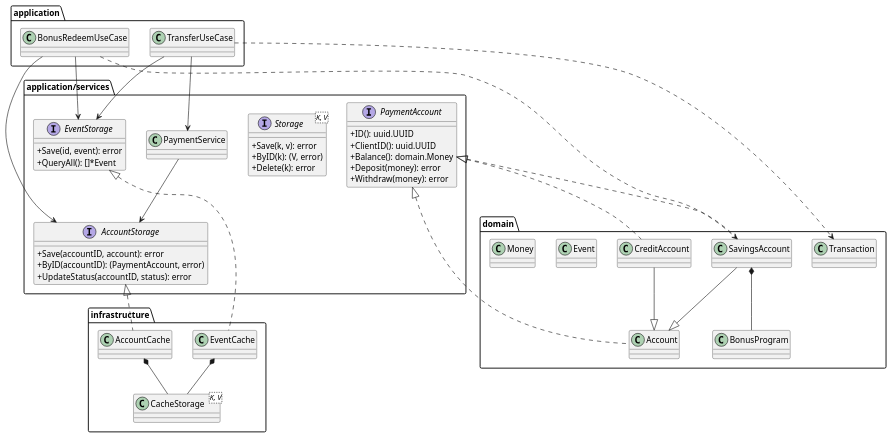
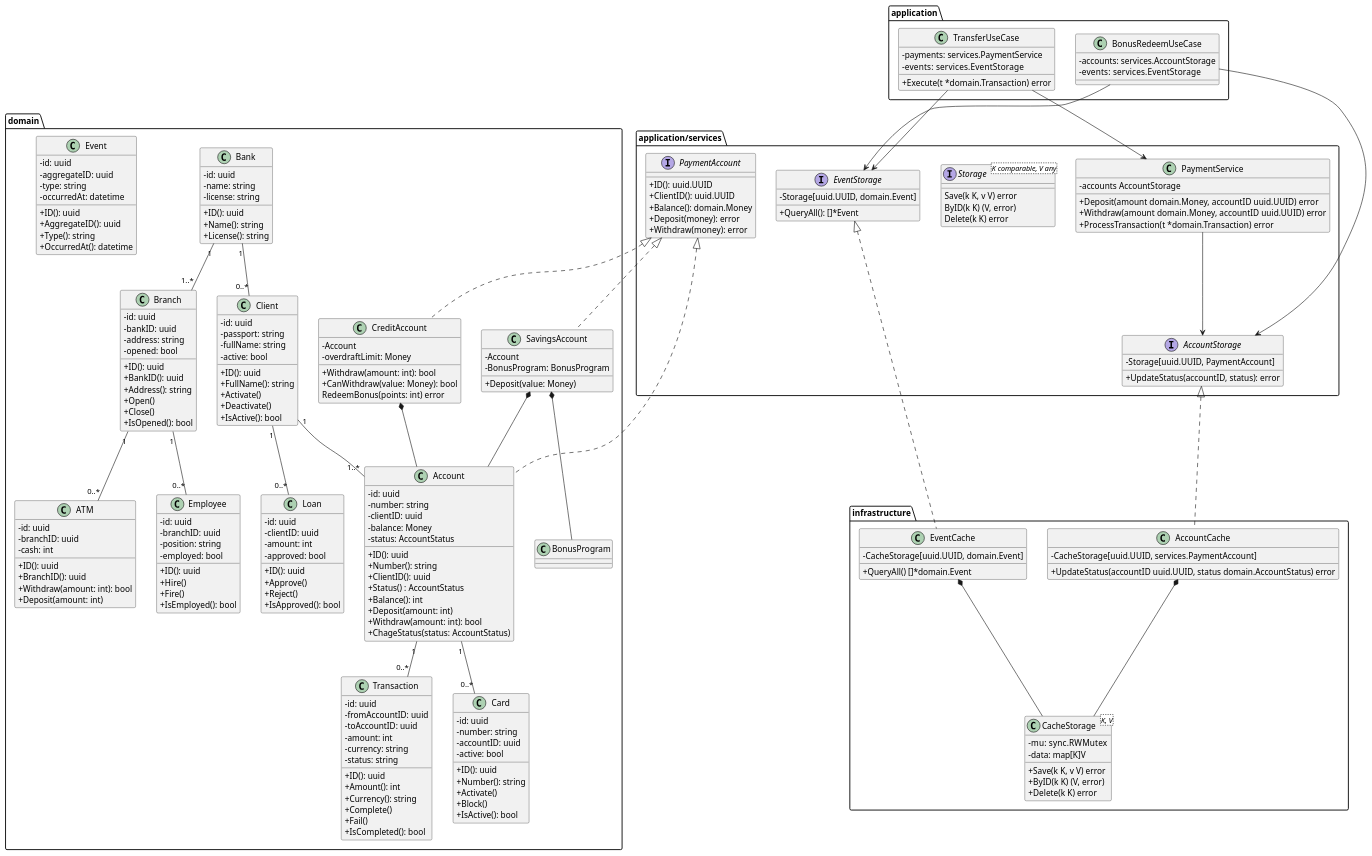
One commit to n1jke/oop-bsuir-2025 changed the diagram in laboratory_work-2/diagram.puml. Above: the diagram before and after it, drawn with PlantUML. The commit also changed 1 other file, not shown here.

Commit message:
chore: uml class diagram - move up uml diagram to new architecture(basic ddd with rich domain model)

```diff
--- a/laboratory_work-2/diagram.puml
+++ b/laboratory_work-2/diagram.puml
@@ -1,14 +1,141 @@
 @startuml lr2-architecture
 skinparam classAttributeIconSize 0
+namespace domain {
 
-namespace domain {
-class Account
-class SavingsAccount
-class CreditAccount
-class BonusProgram
-class Transaction
-class Event
-class Money
+class Bank {
+  -id: uuid
+  -name: string
+  -license: string
+  +ID(): uuid 
+  +Name(): string
+  +License(): string
+}
+
+class Branch {
+  -id: uuid
+  -bankID: uuid
+  -address: string
+  -opened: bool
+  +ID(): uuid
+  +BankID(): uuid
+  +Address(): string
+  +Open()
+  +Close()
+  +IsOpened(): bool
+}
+
+class Client {
+  -id: uuid
+  -passport: string
+  -fullName: string
+  -active: bool
+  +ID(): uuid
+  +FullName(): string
+  +Activate()
+  +Deactivate()
+  +IsActive(): bool
+}
+
+class Account {
+  -id: uuid
+  -number: string
+  -clientID: uuid
+  -balance: Money
+  -status: AccountStatus
+  +ID(): uuid
+  +Number(): string
+  +ClientID(): uuid
+  +Status() : AccountStatus
+  +Balance(): int
+  +Deposit(amount: int)
+  +Withdraw(amount: int): bool
+  +ChageStatus(status: AccountStatus)
+}
+
+class SavingsAccount {
+  -Account
+  -BonusProgram: BonusProgram
+  +Deposit(value: Money)
+}
+
+class CreditAccount {
+  -Account
+  -overdraftLimit: Money
+  +Withdraw(amount: int): bool
+  +CanWithdraw(value: Money): bool
+  RedeemBonus(points: int) error 
+}
+
+class Transaction {
+  -id: uuid
+  -fromAccountID: uuid
+  -toAccountID: uuid
+  -amount: int
+  -currency: string
+  -status: string
+  +ID(): uuid
+  +Amount(): int
+  +Currency(): string
+  +Complete()
+  +Fail()
+  +IsCompleted(): bool
+}
+
+class Card {
+  -id: uuid
+  -number: string
+  -accountID: uuid
+  -active: bool
+  +ID(): uuid
+  +Number(): string
+  +Activate()
+  +Block()
+  +IsActive(): bool
+}
+
+class Employee {
+  -id: uuid
+  -branchID: uuid
+  -position: string
+  -employed: bool
+  +ID(): uuid
+  +Hire()
+  +Fire()
+  +IsEmployed(): bool
+}
+
+class Loan {
+  -id: uuid
+  -clientID: uuid
+  -amount: int
+  -approved: bool
+  +ID(): uuid
+  +Approve()
+  +Reject()
+  +IsApproved(): bool
+}
+
+class ATM {
+  -id: uuid
+  -branchID: uuid
+  -cash: int
+  +ID(): uuid
+  +BranchID(): uuid
+  +Withdraw(amount: int): bool
+  +Deposit(amount: int)
+}
+
+class Event {
+  -id: uuid
+  -aggregateID: uuid
+  -type: string
+  -occurredAt: datetime
+  +ID(): uuid
+  +AggregateID(): uuid
+  +Type(): string
+  +OccurredAt(): datetime
+}
+
 }
 
 namespace "application/services" as app_services {
@@ -20,39 +147,77 @@
   +Withdraw(money): error
 }
 
-interface Storage<K, V> {
-  +Save(k, v): error
-  +ByID(k): (V, error)
-  +Delete(k): error
+interface Storage<K comparable, V any> {
+	Save(k K, v V) error
+	ByID(k K) (V, error)
+	Delete(k K) error
 }
 
+
 interface AccountStorage {
-  +Save(accountID, account): error
-  +ByID(accountID): (PaymentAccount, error)
+  -Storage[uuid.UUID, PaymentAccount]
   +UpdateStatus(accountID, status): error
 }
 
 interface EventStorage {
-  +Save(id, event): error
+  -Storage[uuid.UUID, domain.Event]
   +QueryAll(): []*Event
 }
 
-class PaymentService
+class PaymentService {
+  -accounts AccountStorage
+  +Deposit(amount domain.Money, accountID uuid.UUID) error
+  +Withdraw(amount domain.Money, accountID uuid.UUID) error
+  +ProcessTransaction(t *domain.Transaction) error
+}
 }
 
 namespace application {
-class TransferUseCase
-class BonusRedeemUseCase
+class TransferUseCase {
+  -payments: services.PaymentService
+	-events:   services.EventStorage
+  +Execute(t *domain.Transaction) error 
+}
+class BonusRedeemUseCase {
+  -accounts: services.AccountStorage
+	-events:   services.EventStorage
+}
 }
 
 namespace infrastructure {
-class CacheStorage<K, V>
-class AccountCache
-class EventCache
+class CacheStorage<K, V> {
+  -mu:  sync.RWMutex
+	-data: map[K]V
+  +Save(k K, v V) error
+	+ByID(k K) (V, error)
+	+Delete(k K) error
 }
 
-domain.SavingsAccount --|> domain.Account
-domain.CreditAccount --|> domain.Account
+class AccountCache {
+  -CacheStorage[uuid.UUID, services.PaymentAccount]
+  +UpdateStatus(accountID uuid.UUID, status domain.AccountStatus) error 
+}
+
+class EventCache {
+  -CacheStorage[uuid.UUID, domain.Event]
+  +QueryAll() []*domain.Event 
+}
+}
+
+domain.Bank "1" -- "1..*" domain.Branch
+domain.Bank "1" -- "0..*" domain.Client
+
+domain.Branch "1" -- "0..*" domain.Employee
+domain.Branch "1" -- "0..*" domain.ATM
+
+domain.Client "1" -- "1..*" domain.Account
+domain.Client "1" -- "0..*" domain.Loan
+
+domain.Account "1" -- "0..*" domain.Card
+domain.Account "1" -- "0..*" domain.Transaction 
+
+domain.SavingsAccount *-- domain.Account
+domain.CreditAccount *-- domain.Account
 domain.SavingsAccount *-- domain.BonusProgram
 
 app_services.PaymentAccount <|.. domain.Account
@@ -68,9 +233,7 @@
 
 application.TransferUseCase --> app_services.PaymentService
 application.TransferUseCase --> app_services.EventStorage
-application.TransferUseCase ..> domain.Transaction
 
 application.BonusRedeemUseCase --> app_services.AccountStorage
 application.BonusRedeemUseCase --> app_services.EventStorage
-application.BonusRedeemUseCase ..> domain.SavingsAccount
 @enduml
```
